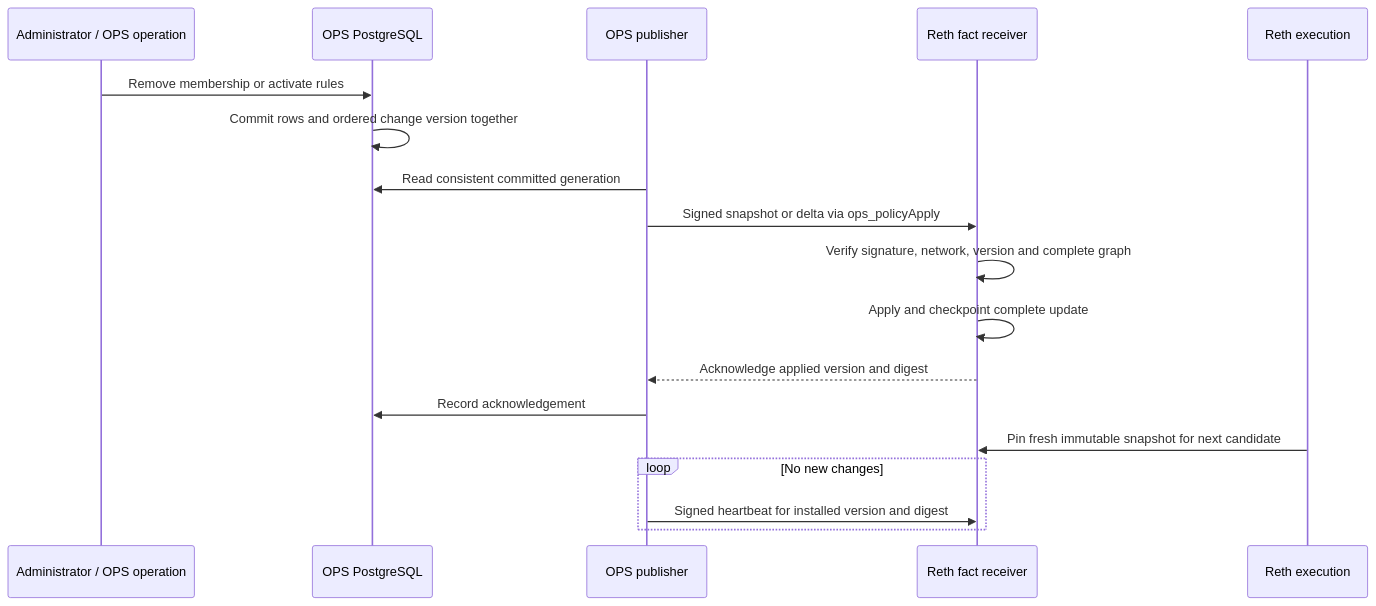
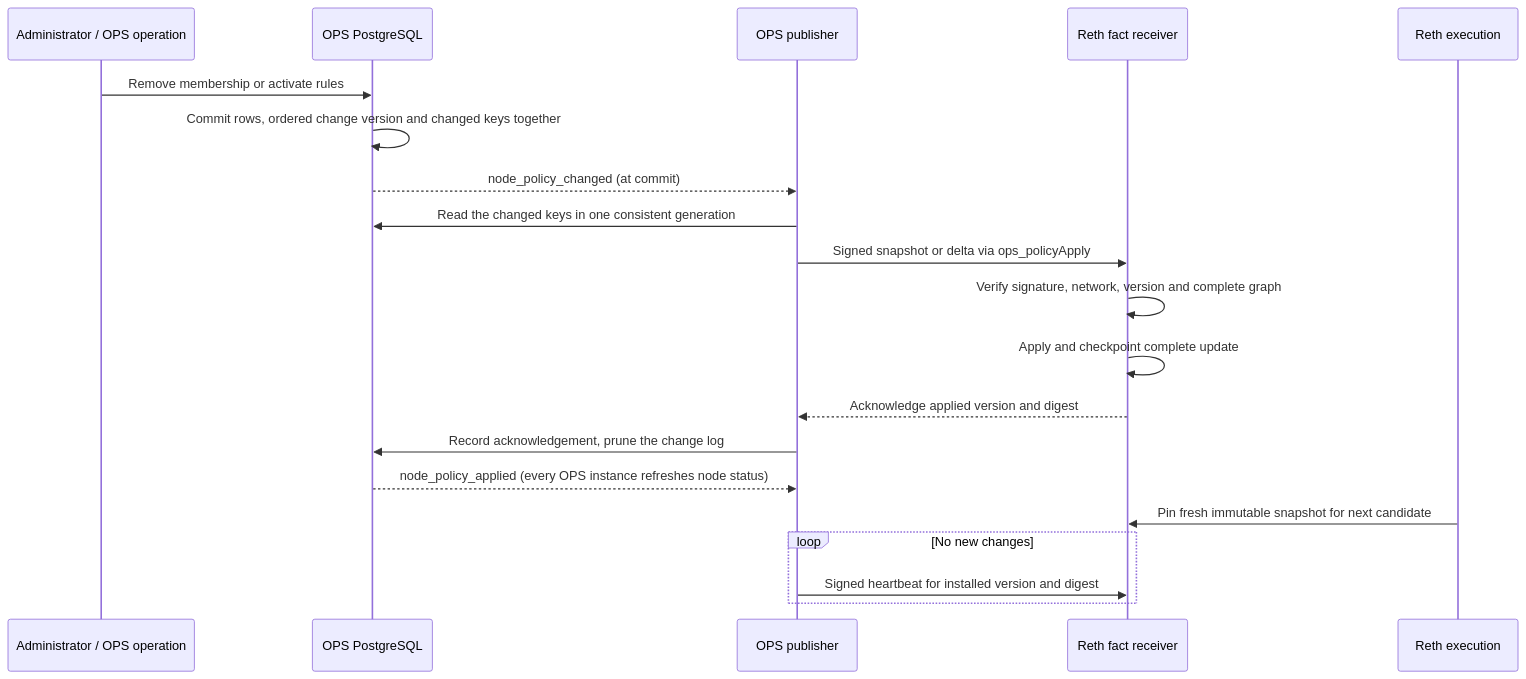
One commit to LFDT-Permissioned-Privacy-Control/permissioned-privacy-control changed the second of 6 diagrams in docs/architecture/reth-execution-flow.md. Above: the diagram before and after it, drawn with Mermaid. The commit also changed other lines of this file and 19 other files, not shown here.

````diff
--- a/docs/architecture/reth-execution-flow.md
+++ b/docs/architecture/reth-execution-flow.md
@@ -121,20 +146,22 @@
 ```mermaid
 sequenceDiagram
     participant Admin as Administrator / OPS operation
     participant DB as OPS PostgreSQL
     participant Pub as OPS publisher
     participant Node as Reth fact receiver
     participant Exec as Reth execution
     Admin->>DB: Remove membership or activate rules
-    DB->>DB: Commit rows and ordered change version together
-    Pub->>DB: Read consistent committed generation
+    DB->>DB: Commit rows, ordered change version and changed keys together
+    DB-->>Pub: node_policy_changed (at commit)
+    Pub->>DB: Read the changed keys in one consistent generation
     Pub->>Node: Signed snapshot or delta via ops_policyApply
     Node->>Node: Verify signature, network, version and complete graph
     Node->>Node: Apply and checkpoint complete update
     Node-->>Pub: Acknowledge applied version and digest
-    Pub->>DB: Record acknowledgement
+    Pub->>DB: Record acknowledgement, prune the change log
+    DB-->>Pub: node_policy_applied (every OPS instance refreshes node status)
     Exec->>Node: Pin fresh immutable snapshot for next candidate
     loop No new changes
         Pub->>Node: Signed heartbeat for installed version and digest
     end
 ```
````
